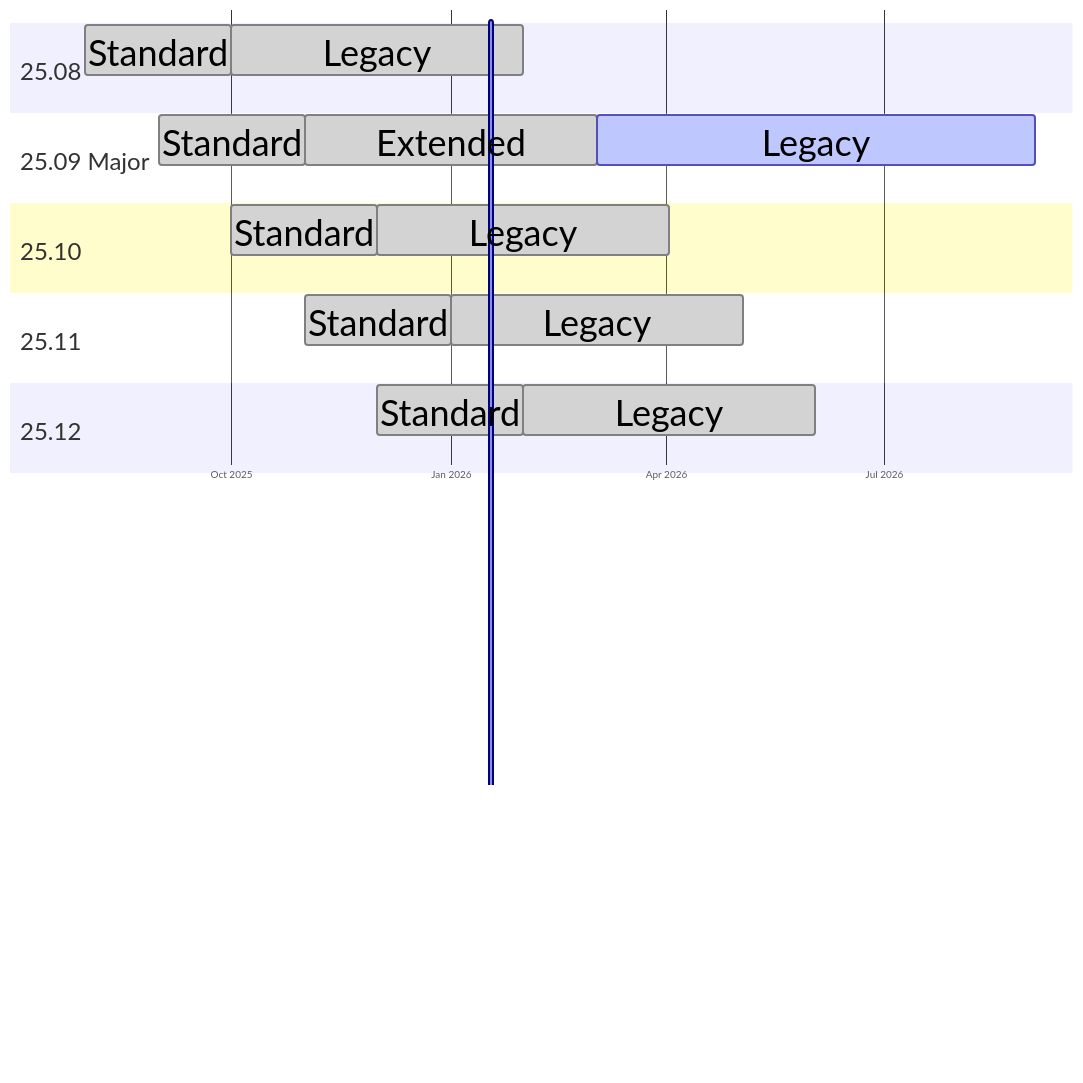
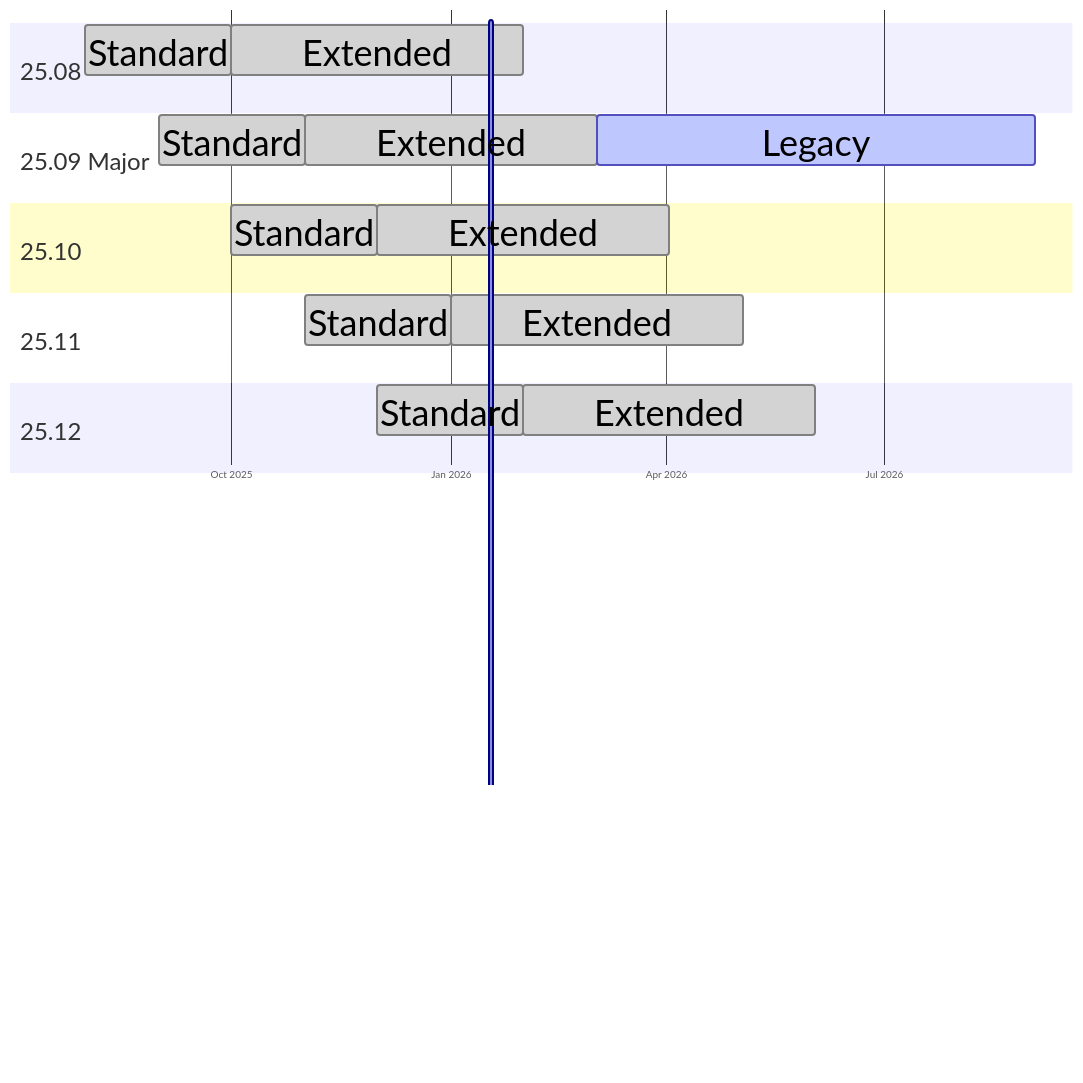
Before and after one commit to sequentech/step: the second of 4 diagrams in docs/docusaurus/docs/reference/product_lifecycle_and_release_cadence.md, drawn with Mermaid. The commit also changed other lines of this file, not shown here.

````diff
--- a/docs/docusaurus/docs/reference/product_lifecycle_and_release_cadence.md
+++ b/docs/docusaurus/docs/reference/product_lifecycle_and_release_cadence.md
@@ -138,77 +158,77 @@
 ```mermaid
 ---
 displayMode: compact
 config:
     logLevel: 'debug'
     theme: 'default'
     themeCSS: " \n
         .taskText { font-size: 16px; }
         rect[id^=smrs_] { fill: #0f054c; stroke-width: 4px; }
         text[id^=smrs_] { fill: white !important; font-size: 24px; }
-        rect[id^=emrs_] { fill: #4a90e2; stroke-width: 4px; }
+        rect[id^=emrs_] { fill: #2de8b9; stroke-width: 4px; }
         text[id^=emrs_] { fill: #0f054c !important; font-size: 24px; }
-        rect[id^=lmrs_] { fill: #2de8b9; stroke-width: 4px; }
+        rect[id^=lmrs_] { fill: #bec7ff; stroke-width: 4px; }
         text[id^=lmrs_] { fill: #0f054c !important; font-size: 24px; }
         .sectionTitle { stroke: white; paint-order: stroke fill; fill: #0f054c; stroke-width: 8px; }
         g[class=tick] text { font-size: 24px; height: 50px; }
         .vertText {  transform: translate(-90px, -650px); font-size: 24px; fill: red !important; }
         .task.vert { stroke: red; fill: red !important; }
 
         /*** section backgrounds: ***/
 
         /* - under extended or legacy support only */
         .section0, .section1, .section2, .section3 { fill: #fff400; opacity: 0.2; stroke: none; }
         .section0:nth-last-child(-n + 2) { fill: transparent; }
 
         /* - under standard support */
         .section4 { fill: #6666ff7d; }
         #smrs_2512 { stroke: #0f054c; }
 
         /* out of support: */
         #smrs_2508, #smrs_2509, #smrs_2510, #smrs_2511 { stroke: red; fill: #0f054c; opacity: 0.2; }
         #smrs_2508-text, #smrs_2509-text, #smrs_2510-text, #smrs_2511-text { fill: #0f054c !important; }
 
         /* under legacy or extended support: */
-        #lmrs_2508, #lmrs_2509, #emrs_2509, #lmrs_2510, #lmrs_2511, #lmrs_2512 { stroke: #0f054c; }
+        #emrs_2508, #emrs_2509, #lmrs_2509, #emrs_2510, #emrs_2511, #emrs_2512 { stroke: #0f054c; }
     "
 ---
 %%{init:
     {
         "gantt": {
             "sectionFontSize": 24,
             "fontSize": 36,
             "barGap": 40,
             "barHeight": 50,
             "topPadding": 40
         }
     }
 }%%
 gantt
     todayMarker off
     dateFormat YYYY-MM-DD
     axisFormat %b %Y
     tickInterval 3month
 
     section 25.08
         Standard :done, smrs_2508, 2025-08-01, 61d
-        Legacy   :done, lmrs_2508, after smrs_2508, 122d
+        Extended :done, emrs_2508, after smrs_2508, 122d
 
     section 25.09 Major
         Standard :done, smrs_2509, 2025-09-01, 61d
         Extended :done, emrs_2509, after smrs_2509, 122d
         Legacy   :active, lmrs_2509, after emrs_2509, 183d
 
     section 25.10
         Standard :done, smrs_2510, 2025-10-01, 61d
-        Legacy   :done, lmrs_2510, after smrs_2510, 122d
+        Extended :done, emrs_2510, after smrs_2510, 122d
 
     section 25.11
         Standard :done, smrs_2511, 2025-11-01, 61d
-        Legacy   :done, lmrs_2511, after smrs_2511, 122d
+        Extended :done, emrs_2511, after smrs_2511, 122d
 
     section 25.12
         Standard :done, smrs_2512, 2025-12-01, 61d
-        Legacy   :done, lmrs_2512, after smrs_2512, 122d
+        Extended :done, emrs_2512, after smrs_2512, 122d
 
     Current Date : vert, current, 2026-01-17, 1d
 ```
````
